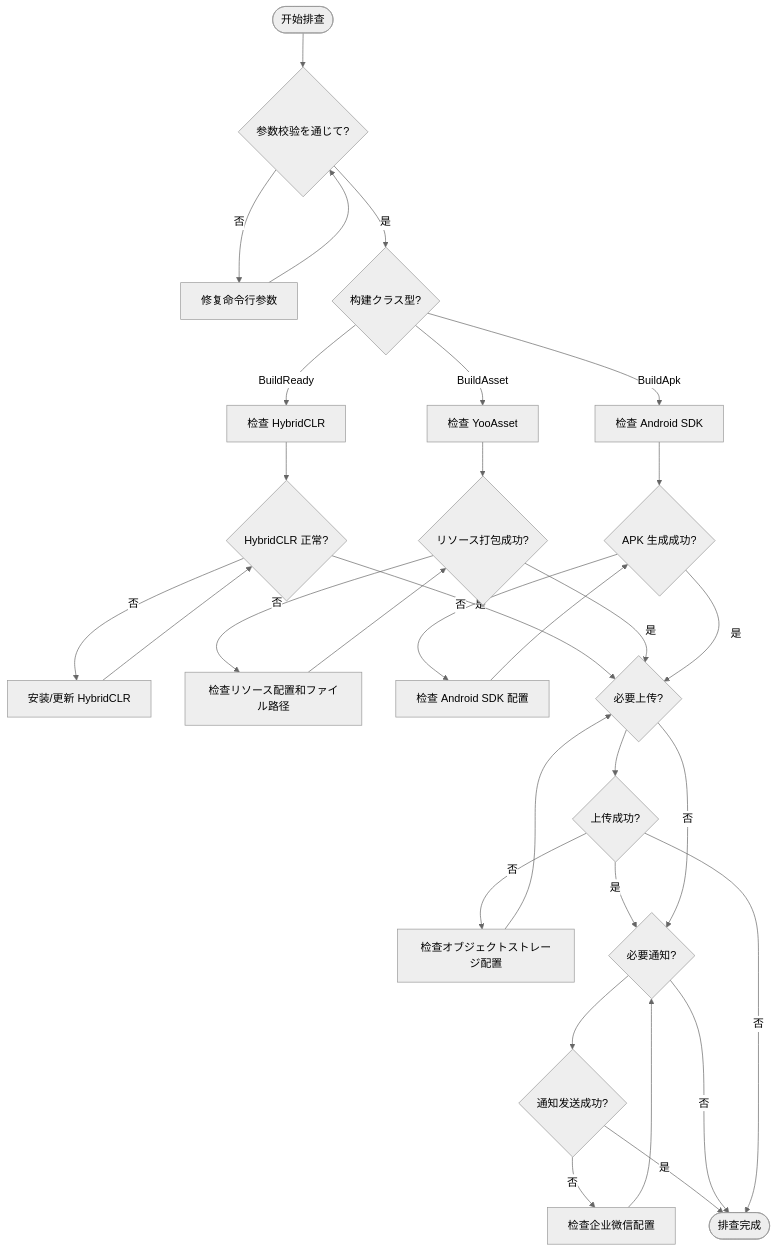
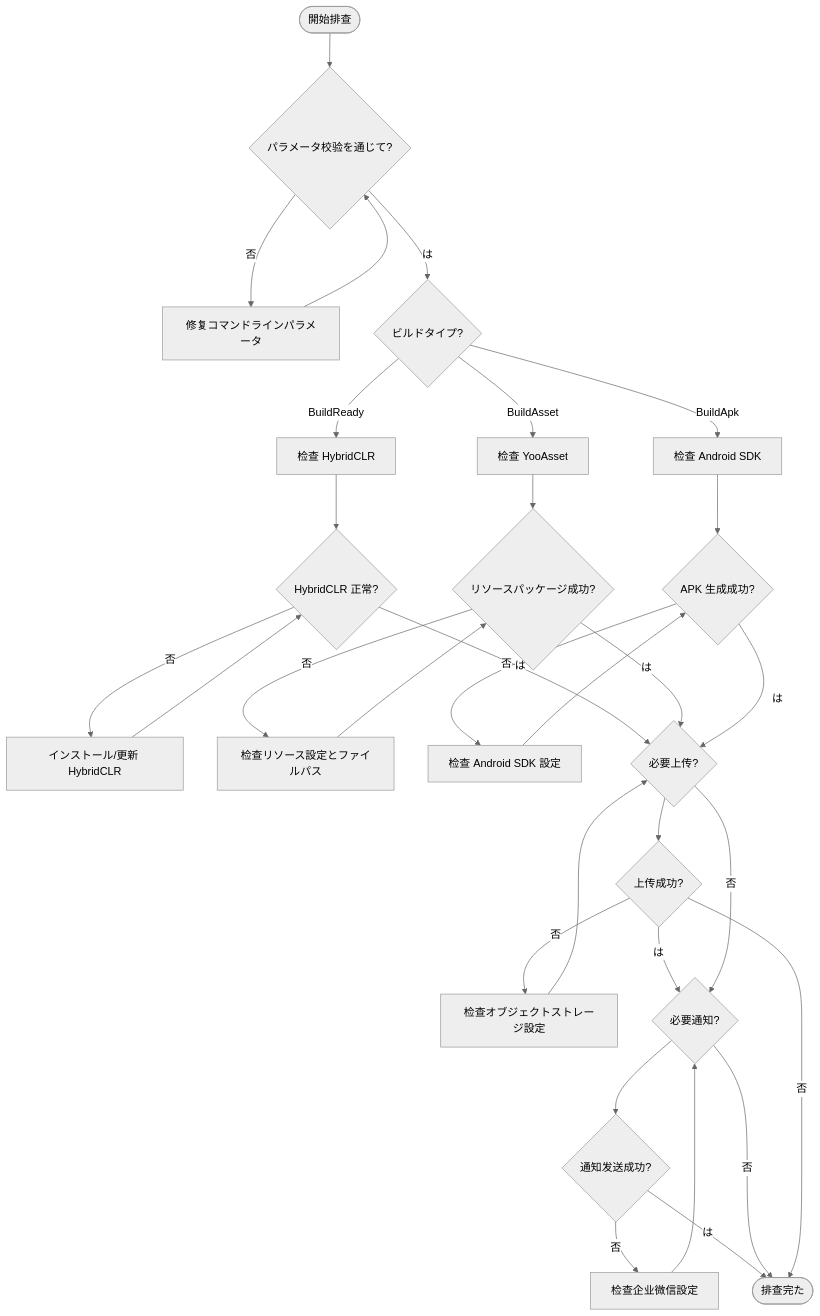
The diagram in docs/ja/client/unity/component/builder/07.troubleshooting.md (AlianBlank/GameFrameX.Docs), drawn with Mermaid (neutral theme) before and after one commit. The commit also changed other lines of this file and 320 other files, not shown here.

````diff
--- a/docs/ja/client/unity/component/builder/07.troubleshooting.md
+++ b/docs/ja/client/unity/component/builder/07.troubleshooting.md
@@ -330,44 +330,44 @@
 ```mermaid
 flowchart TD
-    Start([开始排查]) --> CheckParam{参数校验を通じて?}
+    Start([開始排查]) --> CheckParam{パラメータ校验を通じて?}
     
-    CheckParam -->|否| FixParam[修复命令行参数]
+    CheckParam -->|否| FixParam[修复コマンドラインパラメータ]
     FixParam --> CheckParam
     
-    CheckParam -->|是| CheckBuild{构建クラス型?}
+    CheckParam -->|は| CheckBuild{ビルドタイプ?}
     
     CheckBuild -->|BuildReady| CheckHC[检查 HybridCLR]
     CheckBuild -->|BuildAsset| CheckYoo[检查 YooAsset]
     CheckBuild -->|BuildApk| CheckAndroid[检查 Android SDK]
     
     CheckHC --> HCSuccess{HybridCLR 正常?}
-    HCSuccess -->|否| FixHC[安装/更新 HybridCLR]
+    HCSuccess -->|否| FixHC[インストール/更新 HybridCLR]
     FixHC --> HCSuccess
     
-    CheckYoo --> YooSuccess{リソース打包成功?}
-    YooSuccess -->|否| FixYoo[检查リソース配置和ファイル路径]
+    CheckYoo --> YooSuccess{リソースパッケージ成功?}
+    YooSuccess -->|否| FixYoo[检查リソース設定とファイルパス]
     FixYoo --> YooSuccess
     
     CheckAndroid --> AndroidSuccess{APK 生成成功?}
-    AndroidSuccess -->|否| FixAndroid[检查 Android SDK 配置]
+    AndroidSuccess -->|否| FixAndroid[检查 Android SDK 設定]
     FixAndroid --> AndroidSuccess
     
-    HCSuccess -->|是| CheckUpload{必要上传?}
-    YooSuccess -->|是| CheckUpload
-    AndroidSuccess -->|是| CheckUpload
+    HCSuccess -->|は| CheckUpload{必要上传?}
+    YooSuccess -->|は| CheckUpload
+    AndroidSuccess -->|は| CheckUpload
     
     CheckUpload --> UploadSuccess{上传成功?}
-    UploadSuccess -->|否| FixUpload[检查オブジェクトストレージ配置]
+    UploadSuccess -->|否| FixUpload[检查オブジェクトストレージ設定]
     FixUpload --> CheckUpload
     
-    UploadSuccess -->|是| CheckNotify{必要通知?}
+    UploadSuccess -->|は| CheckNotify{必要通知?}
     CheckNotify --> NotifySuccess{通知发送成功?}
-    NotifySuccess -->|否| FixNotify[检查企业微信配置]
+    NotifySuccess -->|否| FixNotify[检查企业微信設定]
     FixNotify --> CheckNotify
     
-    NotifySuccess -->|是| Success([排查完成])
+    NotifySuccess -->|は| Success([排查完た])
     CheckNotify -->|否| Success
     UploadSuccess -->|否| Success
     
     CheckUpload -->|否| CheckNotify
 ```
````
